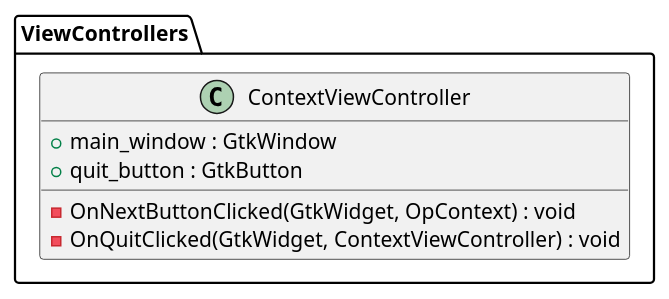
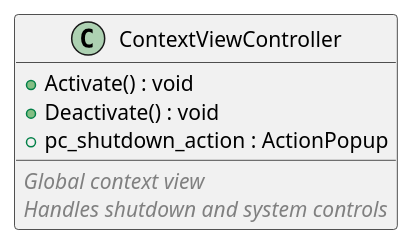
Before and after one commit to RobertDeBiro/Cpp_Programs: the diagram in Companies/Ronna/Diagrams/Class_diagrams/rtkcontrol/ViewControllers/ContextViewController.puml, drawn with PlantUML. The commit also changed 41 other files, not shown here.

Commit message:
Changes in class diagrams in control

```diff
--- a/Companies/Ronna/Diagrams/Class_diagrams/rtkcontrol/ViewControllers/ContextViewController.puml
+++ b/Companies/Ronna/Diagrams/Class_diagrams/rtkcontrol/ViewControllers/ContextViewController.puml
@@ -1,17 +1,12 @@
 @startuml ContextViewController
 
-package ViewControllers
-{
-
-class ContextViewController
-{
-    +main_window : GtkWindow
-    +quit_button : GtkButton
-
-    -OnNextButtonClicked(GtkWidget, OpContext) : void
-    -OnQuitClicked(GtkWidget, ContextViewController) : void
-}
-
+class ContextViewController {
+  + Activate() : void
+  + Deactivate() : void
+  + pc_shutdown_action : ActionPopup
+  __
+  <i><color:Gray>Global context view</color></i>
+  <i><color:Gray>Handles shutdown and system controls</color></i>
 }
 
 @enduml
```
